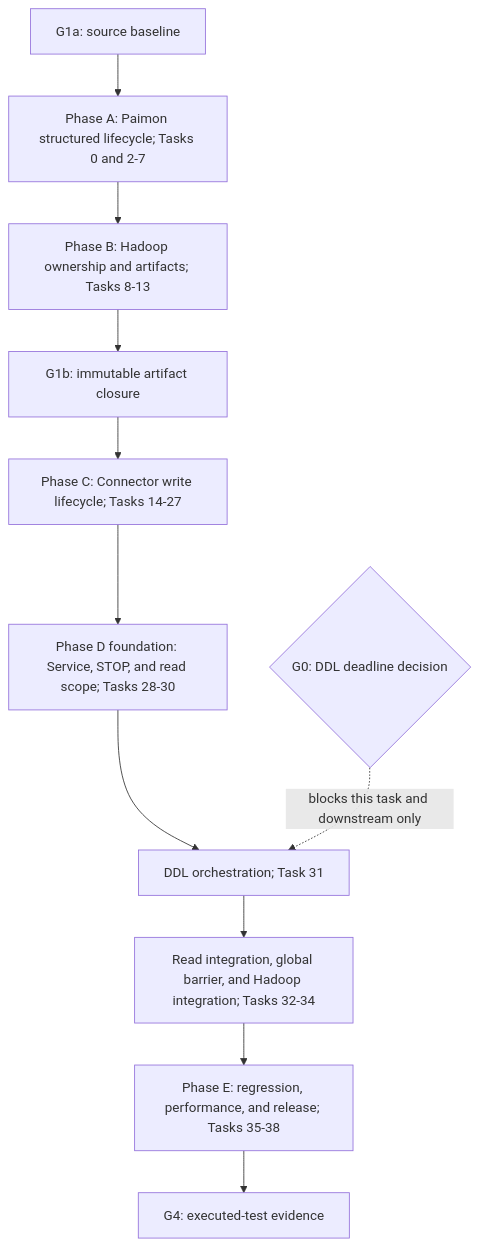
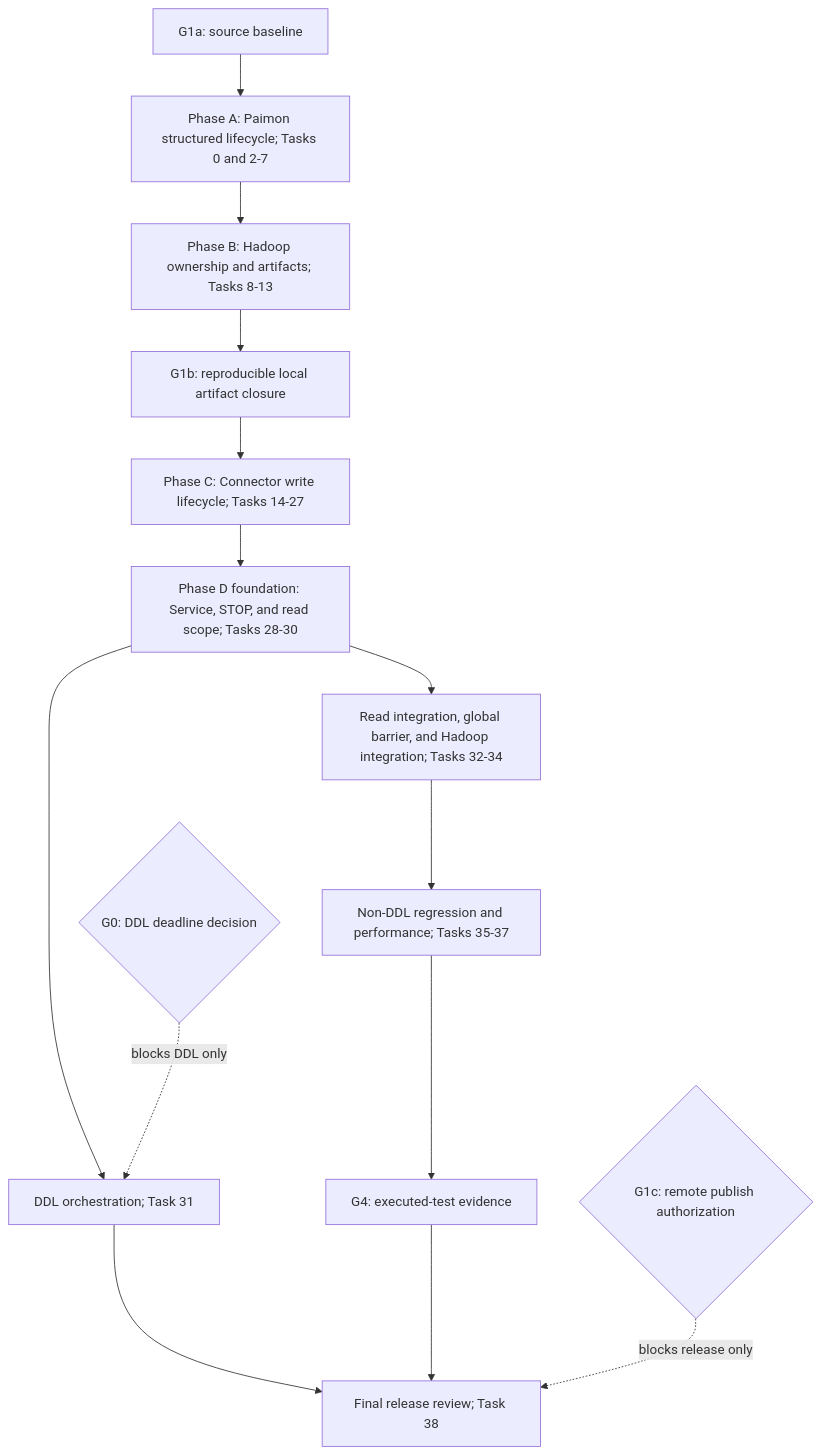
Before and after one commit to czy006/tapdata-connectors: the diagram in tasks/plan.md, drawn with Mermaid. The commit also changed other lines of this file and 2 other files, not shown here.

````diff
--- a/tasks/plan.md
+++ b/tasks/plan.md
@@ -109,13 +113,16 @@
 ```mermaid
 graph TD
     G1A["G1a: source baseline"] --> A["Phase A: Paimon structured lifecycle; Tasks 0 and 2-7"]
     A --> B["Phase B: Hadoop ownership and artifacts; Tasks 8-13"]
-    B --> G1B["G1b: immutable artifact closure"]
+    B --> G1B["G1b: reproducible local artifact closure"]
     G1B --> C["Phase C: Connector write lifecycle; Tasks 14-27"]
     C --> D0["Phase D foundation: Service, STOP, and read scope; Tasks 28-30"]
+    D0 --> DREAD["Read integration, global barrier, and Hadoop integration; Tasks 32-34"]
     D0 --> DDL["DDL orchestration; Task 31"]
-    G0{"G0: DDL deadline decision"} -.->|blocks this task and downstream only| DDL
-    DDL --> D1["Read integration, global barrier, and Hadoop integration; Tasks 32-34"]
-    D1 --> E["Phase E: regression, performance, and release; Tasks 35-38"]
+    G0{"G0: DDL deadline decision"} -.->|blocks DDL only| DDL
+    DREAD --> E["Non-DDL regression and performance; Tasks 35-37"]
     E --> G4["G4: executed-test evidence"]
+    DDL --> R["Final release review; Task 38"]
+    G4 --> R
+    G1C{"G1c: remote publish authorization"} -.->|blocks release only| R
 ```
````
